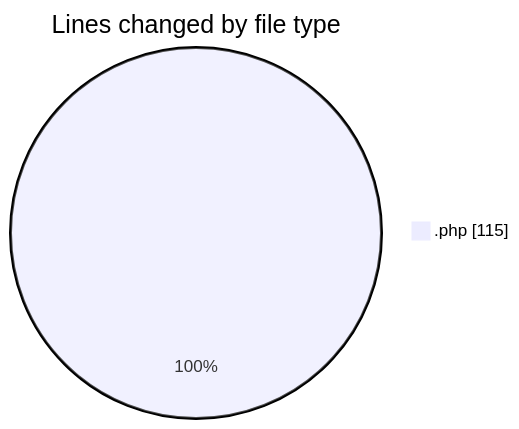
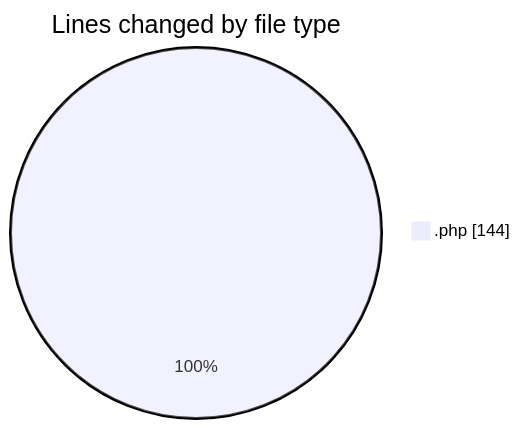
The first of 2 diagrams in 2025-03-27/autodidak/README.md (idhammustaqopulfikri/code-tracking), drawn with Mermaid before and after one commit. The commit also changed other lines of this file and 1 other file, not shown here.

````diff
--- a/2025-03-27/autodidak/README.md
+++ b/2025-03-27/autodidak/README.md
@@ -22,5 +22,5 @@
 ```mermaid
 pie showData
 title Lines changed by file type
-".php" : 115
+".php" : 144
 ```
````
